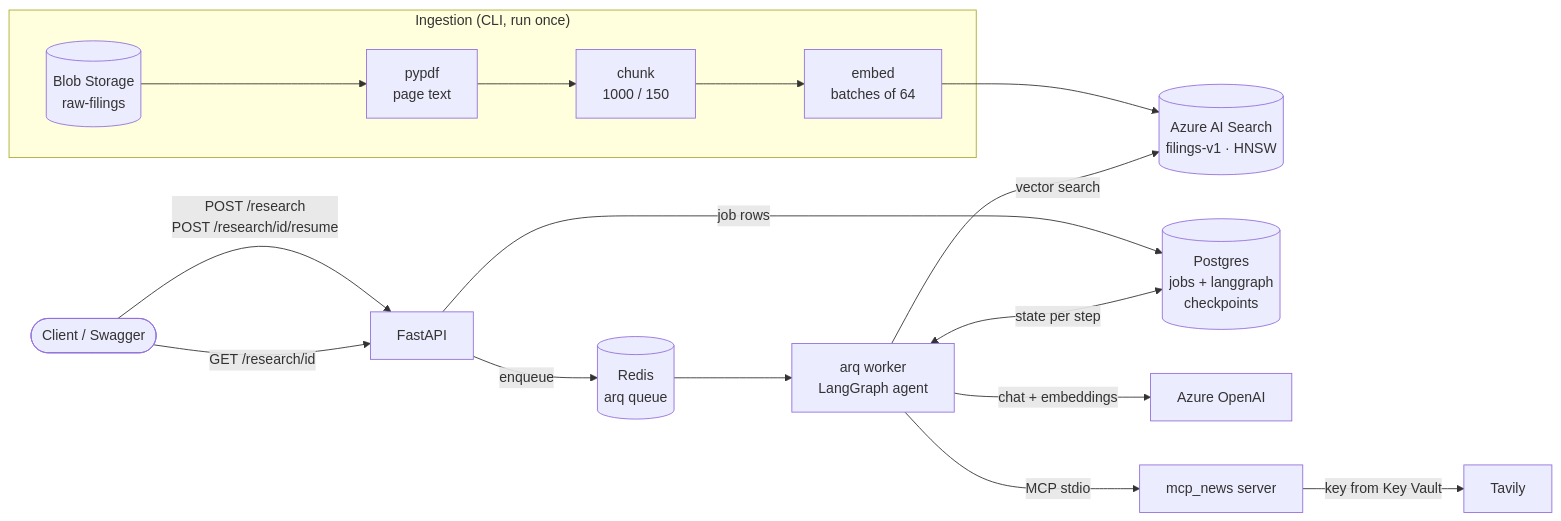
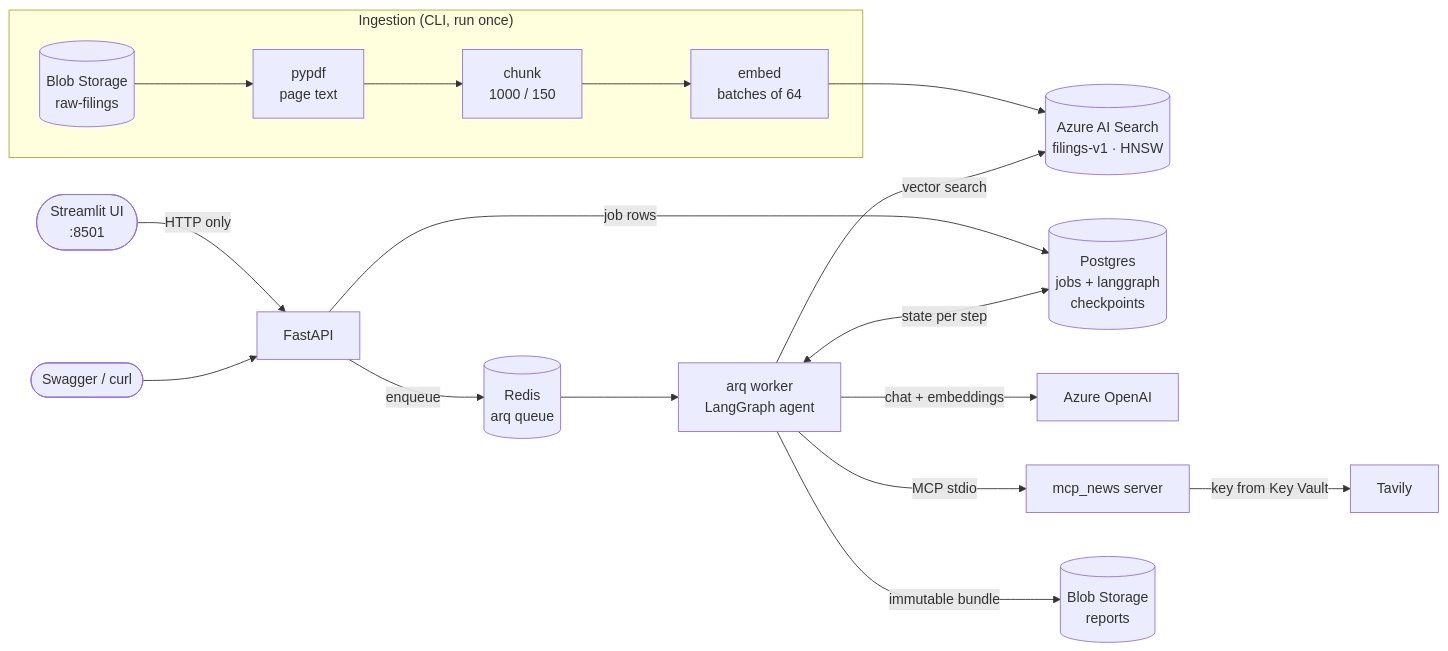
The first of 2 diagrams in README.md (meetbrij/azure-market-intel-agent), drawn with Mermaid before and after one commit. The commit also changed other lines of this file and 28 other files, not shown here.

````diff
--- a/README.md
+++ b/README.md
@@ -21,20 +24,21 @@
 ```mermaid
 flowchart LR
     subgraph Ingestion["Ingestion (CLI, run once)"]
         B[(Blob Storage<br/>raw-filings)] --> P[pypdf<br/>page text]
         P --> C[chunk<br/>1000 / 150]
         C --> E[embed<br/>batches of 64]
     end
     E --> S[(Azure AI Search<br/>filings-v1 · HNSW)]
 
-    U([Client / Swagger]) -->|POST /research<br/>POST /research/id/resume| API[FastAPI]
-    U -->|GET /research/id| API
+    UI([Streamlit UI<br/>:8501]) -->|HTTP only| API[FastAPI]
+    U([Swagger / curl]) --> API
     API -->|job rows| PG[(Postgres<br/>jobs + langgraph<br/>checkpoints)]
     API -->|enqueue| R[(Redis<br/>arq queue)]
     R --> W[arq worker<br/>LangGraph agent]
     W <-->|state per step| PG
     W -->|vector search| S
     W -->|chat + embeddings| AOAI[Azure OpenAI]
     W -->|MCP stdio| N[mcp_news server]
     N -->|key from Key Vault| T[Tavily]
+    W -->|immutable bundle| RB[(Blob Storage<br/>reports)]
 ```
````
